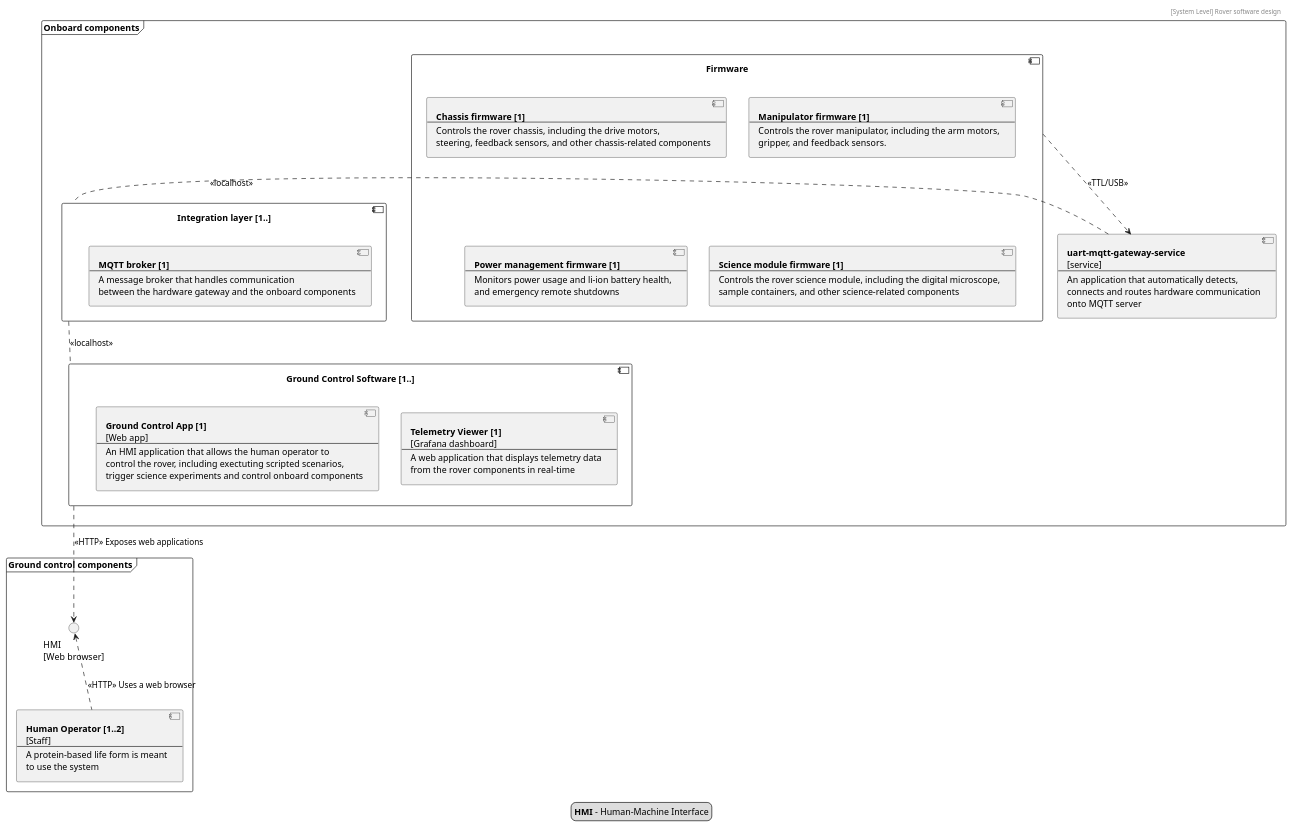
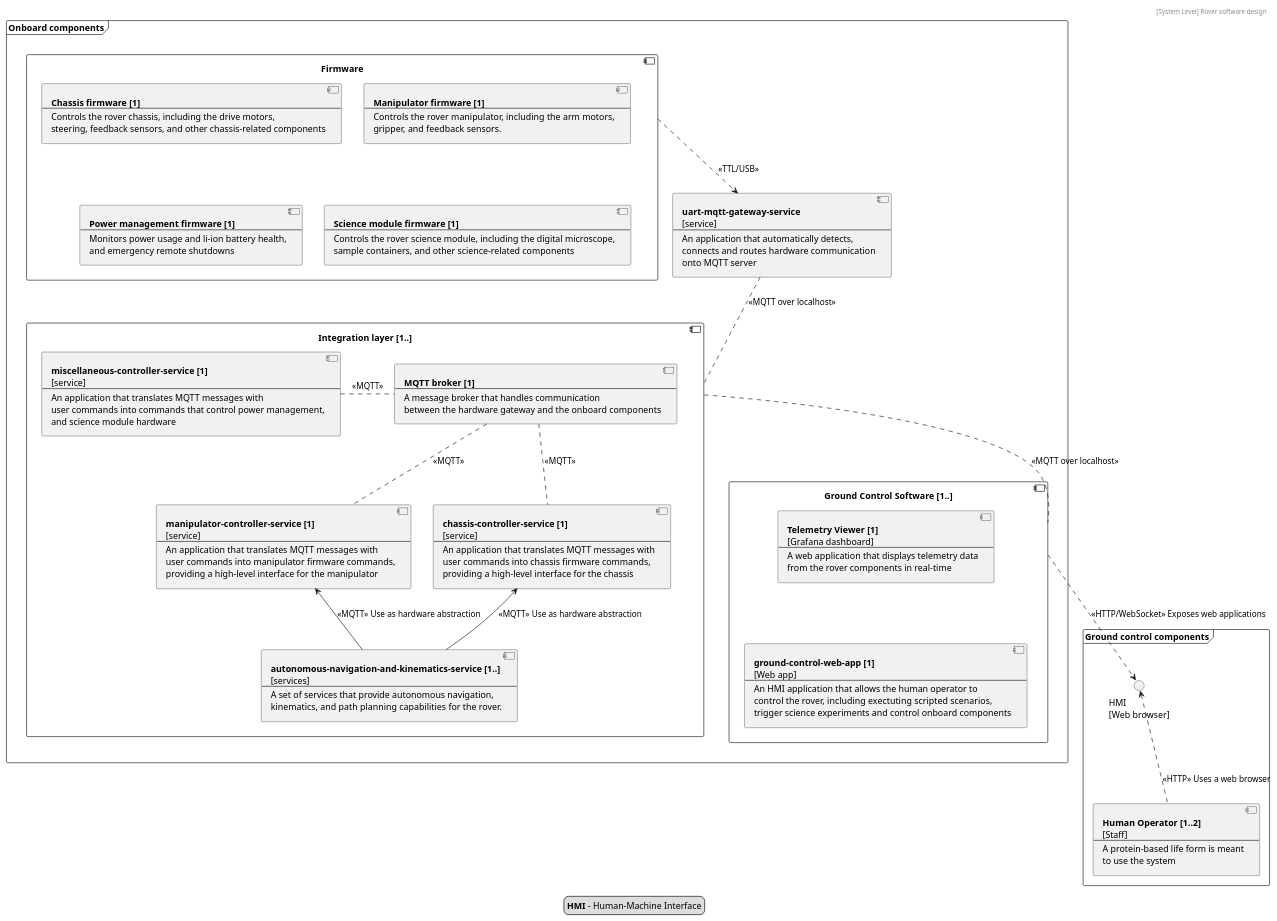
The diagram in uml/c4model/02_container_level/010_container_rover_software_component_diagram.puml (krkruk/mqtt-robot-framework), drawn with PlantUML before and after one commit. The commit also changed 8 other files, not shown here.

```diff
--- a/uml/c4model/02_container_level/010_container_rover_software_component_diagram.puml
+++ b/uml/c4model/02_container_level/010_container_rover_software_component_diagram.puml
@@ -1,79 +1,115 @@
 @startuml [System Level] Rover software design
 header [System Level] Rover software design
 
-frame "Onboard components" {
+frame "Onboard components" as onboard_components {
     component firmware as "**Firmware**" {
 
         component chassis_firmware as "**Chassis firmware [1]**
         ---
         Controls the rover chassis, including the drive motors,
         steering, feedback sensors, and other chassis-related components"
 
         component manipulator_firmware as "**Manipulator firmware [1]**
         ---
         Controls the rover manipulator, including the arm motors,
         gripper, and feedback sensors."
 
         component power_management_firmware as "**Power management firmware [1]**
         ---
         Monitors power usage and li-ion battery health,
         and emergency remote shutdowns"
 
         component science_module_firmware as "**Science module firmware [1]**
         ---
         Controls the rover science module, including the digital microscope,
         sample containers, and other science-related components"
     }
 
     component hardware_gateway as "**uart-mqtt-gateway-service**
     [service]
     ---
     An application that automatically detects,
     connects and routes hardware communication
     onto MQTT server"
 
     component integration_layer as "**Integration layer [1..]**" {
-        component mqrtt_broker as "**MQTT broker [1]**
+
+        component mqtt_broker as "**MQTT broker [1]**
         ---
         A message broker that handles communication
         between the hardware gateway and the onboard components"
+
+        component chassis_integration as "**chassis-controller-service [1]**
+        [service]
+        ---
+        An application that translates MQTT messages with
+        user commands into chassis firmware commands,
+        providing a high-level interface for the chassis"
+
+        component manipulator_integration as "**manipulator-controller-service [1]**
+        [service]
+        ---
+        An application that translates MQTT messages with
+        user commands into manipulator firmware commands,
+        providing a high-level interface for the manipulator"
+
+        component miscellaneous_integration as "**miscellaneous-controller-service [1]**
+        [service]
+        ---
+        An application that translates MQTT messages with
+        user commands into commands that control power management,
+        and science module hardware"
+
+        component automation_navigation as "**autonomous-navigation-and-kinematics-service [1..]**
+        [services]
+        ---
+        A set of services that provide autonomous navigation,
+        kinematics, and path planning capabilities for the rover."
 
     }
 
     component ground_ctrl_software as "**Ground Control Software [1..]**" {
         component telemetry_viewer as "**Telemetry Viewer [1]**
         [Grafana dashboard]
         ---
         A web application that displays telemetry data
         from the rover components in real-time"
 
-        component ground_control_app as "**Ground Control App [1]**
+        component ground_control_app as "**ground-control-web-app [1]**
         [Web app]
         ---
         An HMI application that allows the human operator to
         control the rover, including exectuting scripted scenarios,
         trigger science experiments and control onboard components"
     }
 }
 
-frame "Ground control components" {
+frame "Ground control components" as g_ctrl_components{
 
     component operator as "**Human Operator [1..2]**
     [Staff]
     ---
     A protein-based life form is meant
     to use the system"
 
     () hmi as "HMI\n[Web browser]"
 }
 
-ground_ctrl_software .up. integration_layer: <<localhost>>
-hardware_gateway . integration_layer: <<localhost>>
+integration_layer .down. ground_ctrl_software: <<MQTT over localhost>>
 firmware .down.> hardware_gateway: <<TTL/USB>>
+hardware_gateway .down. integration_layer: <<MQTT over localhost>>
 operator .up.> hmi: <<HTTP>> Uses a web browser
-ground_ctrl_software .down.> hmi: <<HTTP>> Exposes web applications
+ground_ctrl_software .down.> hmi: <<HTTP/WebSocket>> Exposes web applications
+
+automation_navigation -up-> chassis_integration: <<MQTT>> Use as hardware abstraction
+automation_navigation -up-> manipulator_integration: <<MQTT>> Use as hardware abstraction
+chassis_integration .up. mqtt_broker: <<MQTT>>
+manipulator_integration .up. mqtt_broker: <<MQTT>>
+miscellaneous_integration .right. mqtt_broker: <<MQTT>>
+
+telemetry_viewer -[hidden]-> ground_control_app 
 
 legend
     **HMI** - Human-Machine Interface
 end legend
 @enduml
```
